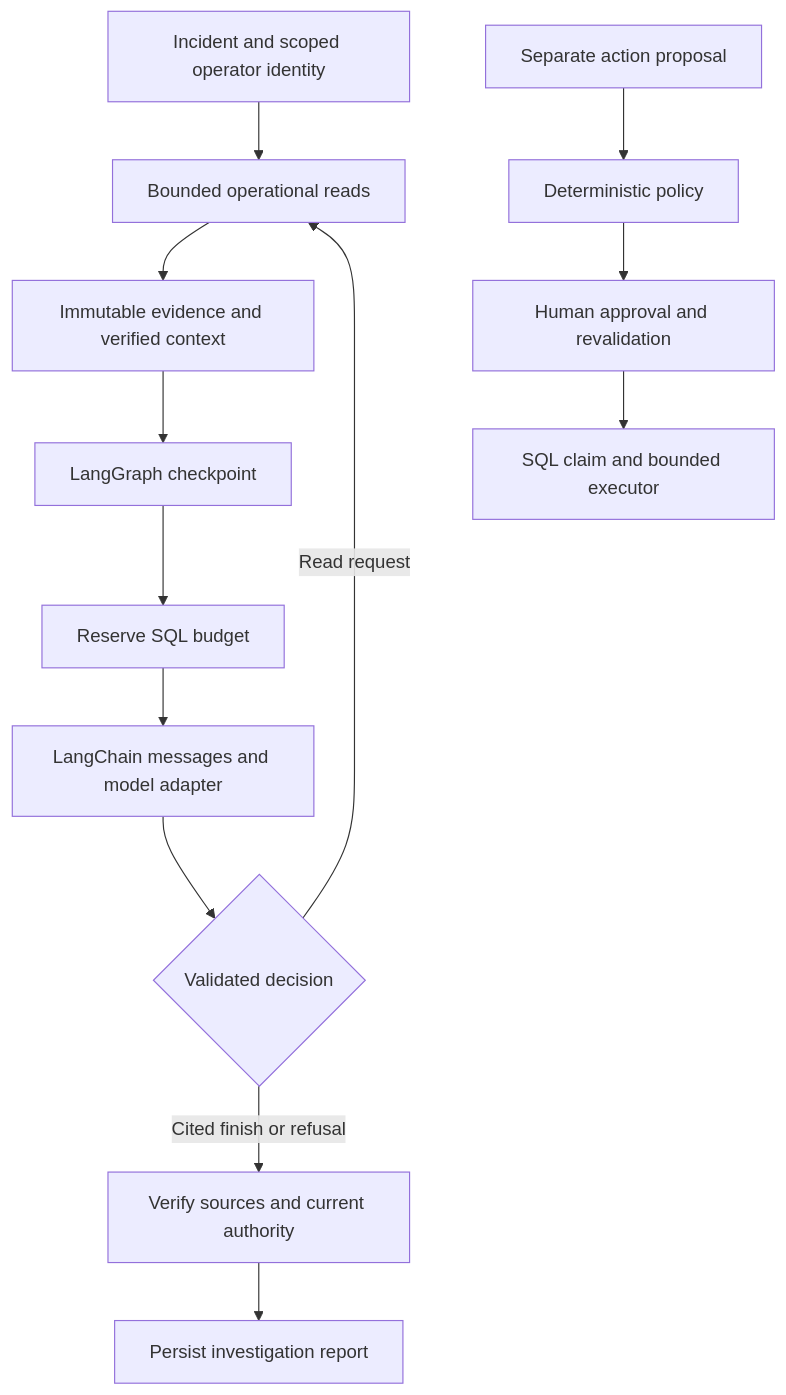
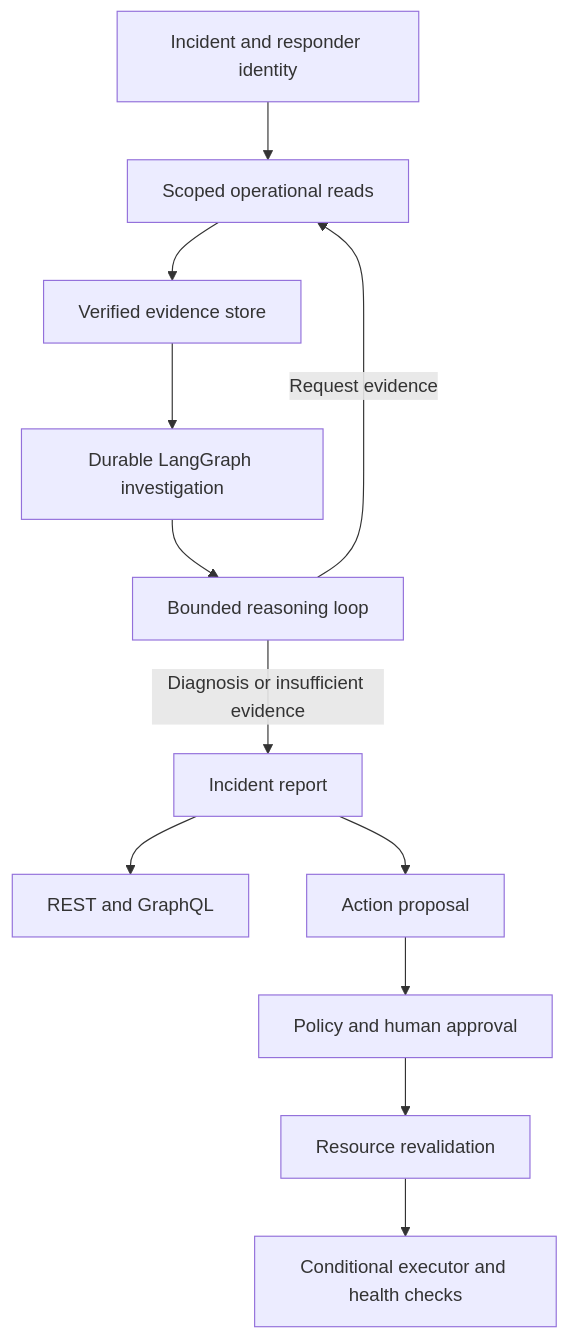
Before and after one commit to chinmayarvind23/pay-ops: the diagram in README.md, drawn with Mermaid. The commit also changed other lines of this file and 96 other files, not shown here.

````diff
--- a/README.md
+++ b/README.md
@@ -65,15 +39,14 @@
 ```mermaid
 flowchart TD
-    A[Incident and scoped operator identity] --> B[Bounded operational reads]
-    B --> C[Immutable evidence and verified context]
-    C --> D[LangGraph checkpoint]
-    D --> E[Reserve SQL budget]
-    E --> F[LangChain messages and model adapter]
-    F --> G{Validated decision}
-    G -->|Read request| B
-    G -->|Cited finish or refusal| H[Verify sources and current authority]
-    H --> I[Persist investigation report]
-    J[Separate action proposal] --> K[Deterministic policy]
-    K --> L[Human approval and revalidation]
-    L --> M[SQL claim and bounded executor]
+    A[Incident and responder identity] --> B[Scoped operational reads]
+    B --> C[Verified evidence store]
+    C --> D[Durable LangGraph investigation]
+    D --> E[Bounded reasoning loop]
+    E -->|Request evidence| B
+    E -->|Diagnosis or insufficient evidence| F[Incident report]
+    F --> G[REST and GraphQL]
+    F --> H[Action proposal]
+    H --> I[Policy and human approval]
+    I --> J[Resource revalidation]
+    J --> K[Conditional executor and health checks]
 ```
````
